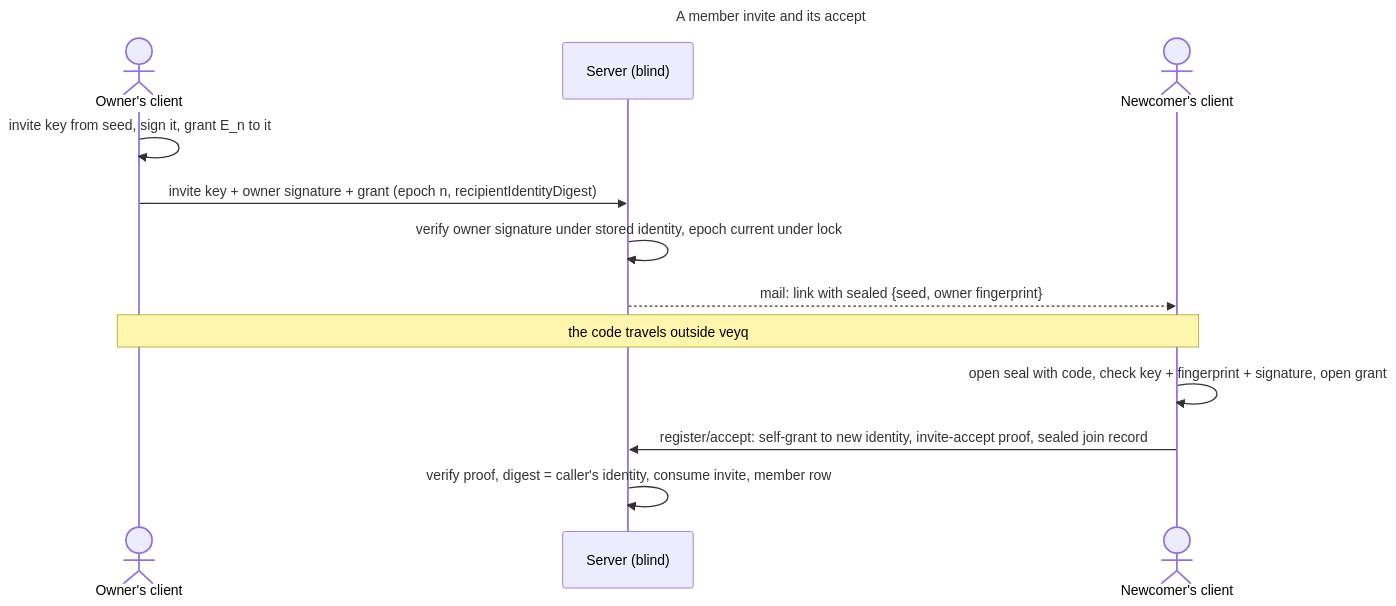
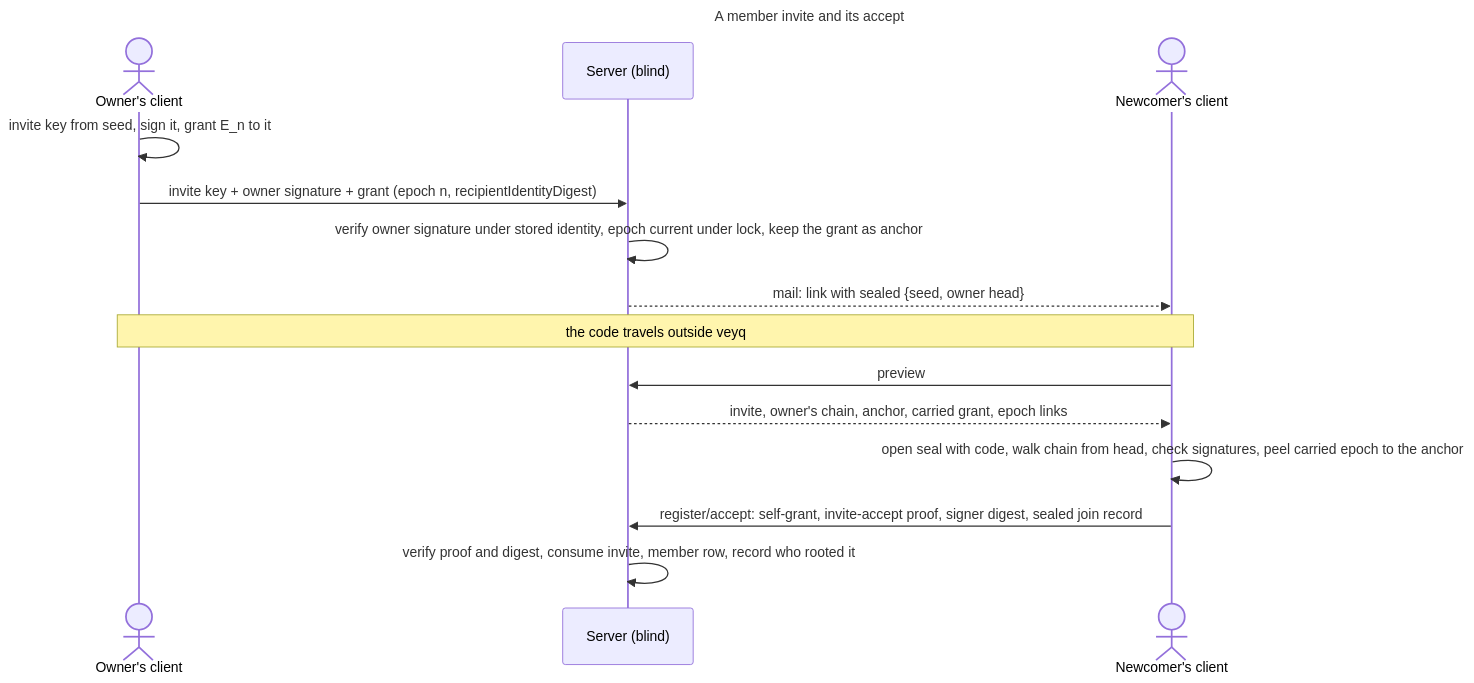
One commit to raddatzk/veyq changed the second of 2 diagrams in docs/crosscutting/keys-grants-and-trust.md. Above: the diagram before and after it, drawn with Mermaid. The commit also changed other lines of this file and 5 other files, not shown here.

````diff
--- a/docs/crosscutting/keys-grants-and-trust.md
+++ b/docs/crosscutting/keys-grants-and-trust.md
@@ -155,17 +164,19 @@
 ```mermaid
 ---
 title: A member invite and its accept
 ---
 sequenceDiagram
   actor O as Owner's client
   participant S as Server (blind)
   actor N as Newcomer's client
   O->>O: invite key from seed, sign it, grant E_n to it
   O->>S: invite key + owner signature + grant (epoch n, recipientIdentityDigest)
-  S->>S: verify owner signature under stored identity, epoch current under lock
-  S-->>N: mail: link with sealed {seed, owner fingerprint}
+  S->>S: verify owner signature under stored identity, epoch current under lock, keep the grant as anchor
+  S-->>N: mail: link with sealed {seed, owner head}
   Note over O,N: the code travels outside veyq
-  N->>N: open seal with code, check key + fingerprint + signature, open grant
-  N->>S: register/accept: self-grant to new identity, invite-accept proof, sealed join record
-  S->>S: verify proof, digest = caller's identity, consume invite, member row
+  N->>S: preview
+  S-->>N: invite, owner's chain, anchor, carried grant, epoch links
+  N->>N: open seal with code, walk chain from head, check signatures, peel carried epoch to the anchor
+  N->>S: register/accept: self-grant, invite-accept proof, signer digest, sealed join record
+  S->>S: verify proof and digest, consume invite, member row, record who rooted it
 ```
````
